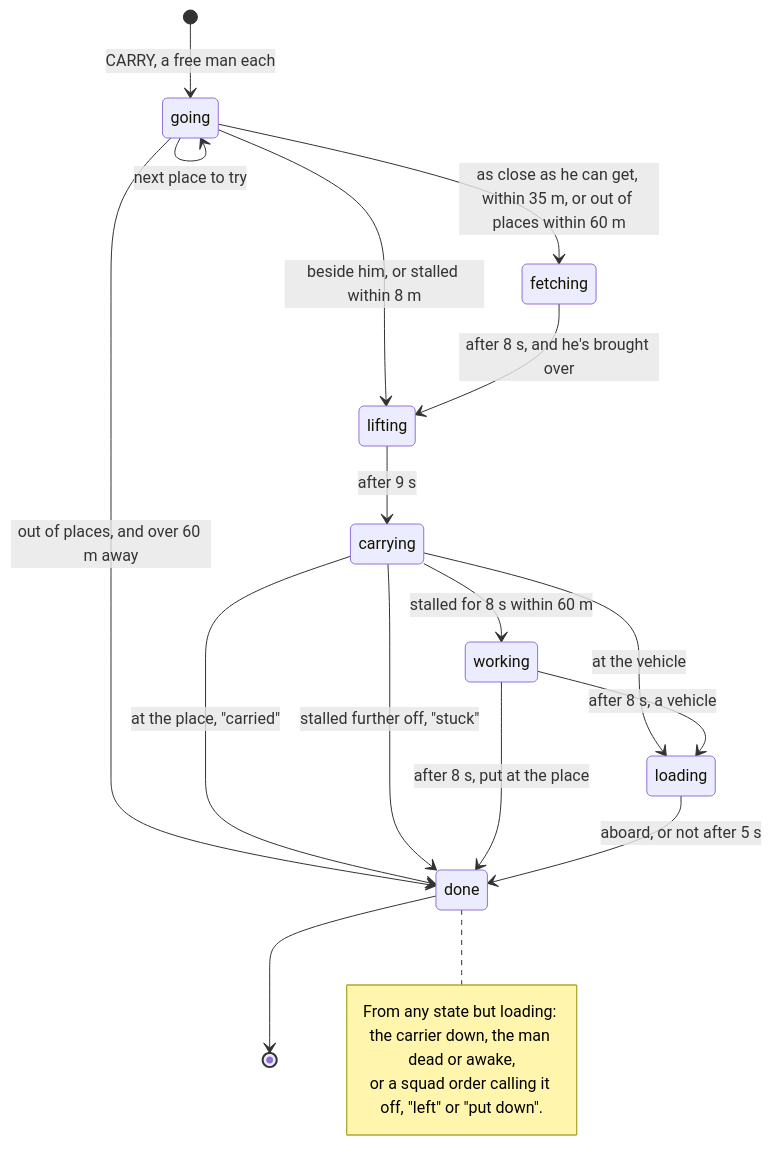
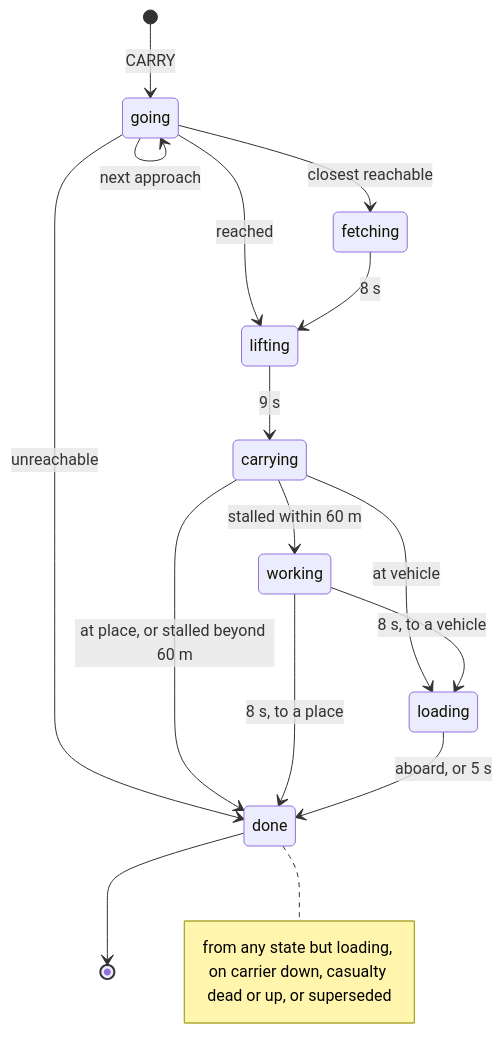
The fourth of 23 diagrams in docs/COMMANDER_MODEL.md (Neefay/arma3-llm-harness), drawn with Mermaid before and after one commit. The commit also changed other lines of this file and 1 other file, not shown here.

````diff
--- a/docs/COMMANDER_MODEL.md
+++ b/docs/COMMANDER_MODEL.md
@@ -650,29 +291,25 @@
 ```mermaid
 stateDiagram-v2
   state "going" as going
   state "fetching" as fetching
   state "lifting" as lifting
   state "carrying" as carrying
   state "working" as working
   state "loading" as loading
   state "done" as done
-  [*] --> going: CARRY, a free man each
-  going --> going: next place to try
-  going --> lifting: beside him, or stalled within 8 m
-  going --> fetching: as close as he can get, within 35 m, or out of places within 60 m
-  going --> done: out of places, and over 60 m away
-  fetching --> lifting: after 8 s, and he's brought over
-  lifting --> carrying: after 9 s
-  carrying --> loading: at the vehicle
-  carrying --> done: at the place, "carried"
-  carrying --> working: stalled for 8 s within 60 m
-  carrying --> done: stalled further off, "stuck"
-  working --> loading: after 8 s, a vehicle
-  working --> done: after 8 s, put at the place
-  loading --> done: aboard, or not after 5 s
+  [*] --> going: CARRY
+  going --> going: next approach
+  going --> lifting: reached
+  going --> fetching: closest reachable
+  going --> done: unreachable
+  fetching --> lifting: 8 s
+  lifting --> carrying: 9 s
+  carrying --> loading: at vehicle
+  carrying --> working: stalled within 60 m
+  carrying --> done: at place, or stalled beyond 60 m
+  working --> loading: 8 s, to a vehicle
+  working --> done: 8 s, to a place
+  loading --> done: aboard, or 5 s
   done --> [*]
-  note right of done
-    From any state but loading: the carrier down, the man dead or awake,
-    or a squad order calling it off, "left" or "put down".
-  end note
+  note right of done: from any state but loading, on carrier down, casualty dead or up, or superseded
 ```
````
